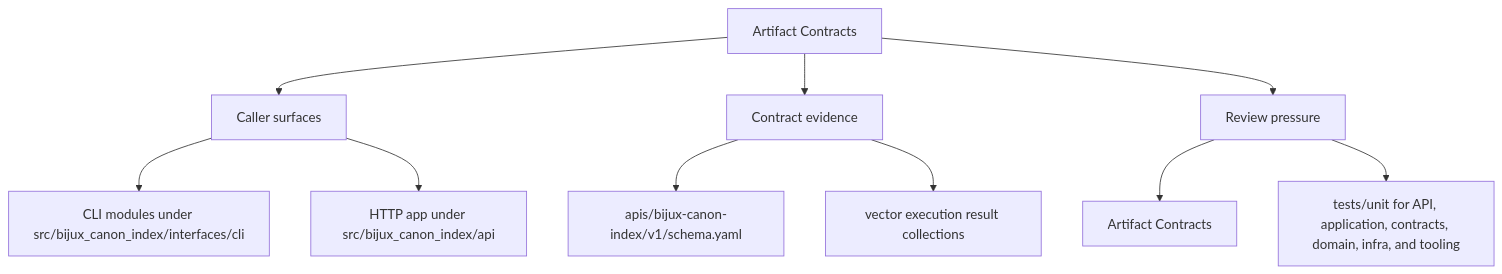
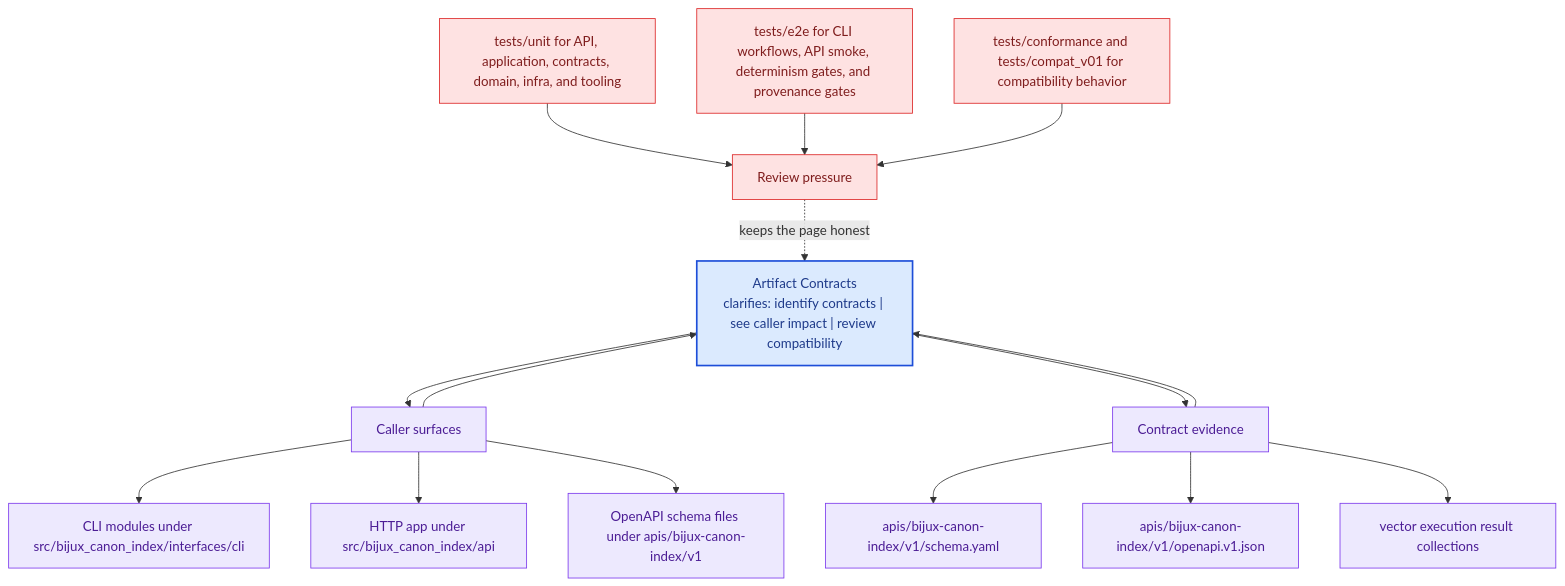
The second of 2 diagrams in docs/bijux-canon-index/interfaces/artifact-contracts.md (bijux/bijux-canon), drawn with Mermaid before and after one commit. The commit also changed other lines of this file and 281 other files, not shown here.

Commit message:
docs(diagrams): deepen handbook mermaid maps across the catalog

````diff
--- a/docs/bijux-canon-index/interfaces/artifact-contracts.md
+++ b/docs/bijux-canon-index/interfaces/artifact-contracts.md
@@ -35,22 +68,41 @@
 ```mermaid
-flowchart TD
-    page["Artifact Contracts"]
+flowchart TB
+    promise["Artifact Contracts<br/>clarifies: identify contracts | see caller impact | review compatibility"]
+    classDef promise fill:#dbeafe,stroke:#1d4ed8,color:#1e3a8a,stroke-width:2px;
+    classDef driver fill:#dcfce7,stroke:#16a34a,color:#14532d;
+    classDef constraint fill:#fee2e2,stroke:#dc2626,color:#7f1d1d;
+    classDef ground fill:#ede9fe,stroke:#7c3aed,color:#4c1d95;
     focus1["Caller surfaces"]
-    page --> focus1
+    focus1 --> promise
+    promise --> focus1
     focus1_1["CLI modules under src/bijux_canon_index/interfaces/cli"]
     focus1 --> focus1_1
     focus1_2["HTTP app under src/bijux_canon_index/api"]
     focus1 --> focus1_2
+    focus1_3["OpenAPI schema files under apis/bijux-canon-index/v1"]
+    focus1 --> focus1_3
+    class focus1 ground;
+    class focus1_1,focus1_2,focus1_3 ground;
     focus2["Contract evidence"]
-    page --> focus2
+    focus2 --> promise
+    promise --> focus2
     focus2_1["apis/bijux-canon-index/v1/schema.yaml"]
     focus2 --> focus2_1
-    focus2_2["vector execution result collections"]
+    focus2_2["apis/bijux-canon-index/v1/openapi.v1.json"]
     focus2 --> focus2_2
+    focus2_3["vector execution result collections"]
+    focus2 --> focus2_3
+    class focus2 ground;
+    class focus2_1,focus2_2,focus2_3 ground;
     focus3["Review pressure"]
-    page --> focus3
-    focus3_1["Artifact Contracts"]
-    focus3 --> focus3_1
-    focus3_2["tests/unit for API, application, contracts, domain, infra, and tooling"]
-    focus3 --> focus3_2
+    focus3 -.keeps the page honest.-> promise
+    focus3_1["tests/unit for API, application, contracts, domain, infra, and tooling"]
+    focus3_1 --> focus3
+    focus3_2["tests/e2e for CLI workflows, API smoke, determinism gates, and provenance gates"]
+    focus3_2 --> focus3
+    focus3_3["tests/conformance and tests/compat_v01 for compatibility behavior"]
+    focus3_3 --> focus3
+    class focus3 constraint;
+    class focus3_1,focus3_2,focus3_3 constraint;
+    class promise promise;
 ```
````
